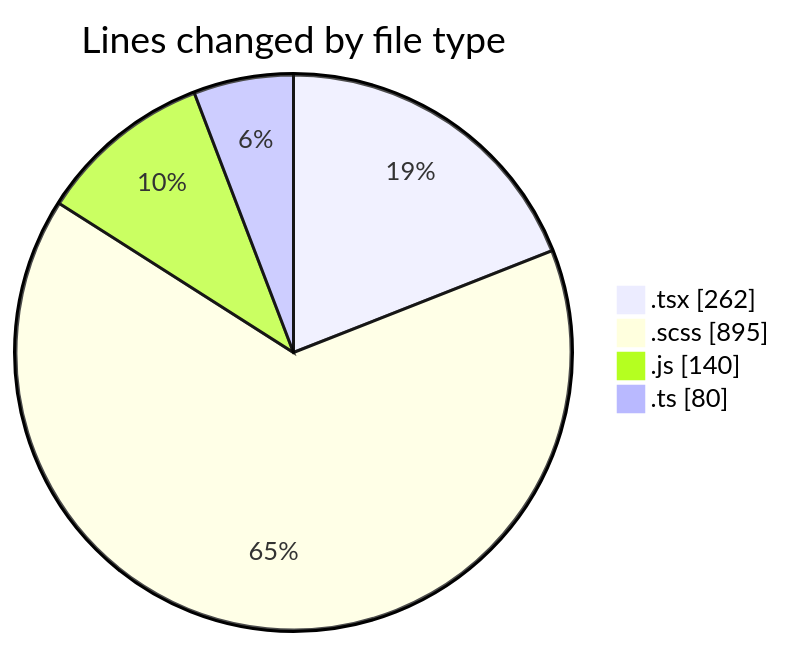
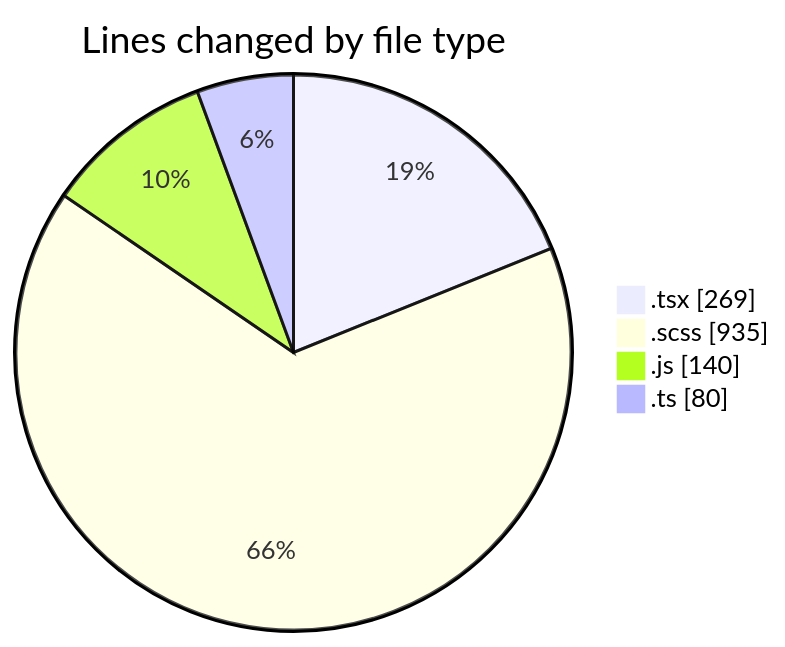
The first of 2 diagrams in 2026-03-25/cda/README.md (momahboobian/code-tracking), drawn with Mermaid before and after one commit. The commit also changed other lines of this file and 1 other file, not shown here.

````diff
--- a/2026-03-25/cda/README.md
+++ b/2026-03-25/cda/README.md
@@ -23,8 +23,8 @@
 ```mermaid
 pie showData
 title Lines changed by file type
-".tsx" : 262
-".scss" : 895
+".tsx" : 269
+".scss" : 935
 ".js" : 140
 ".ts" : 80
 ```
````
